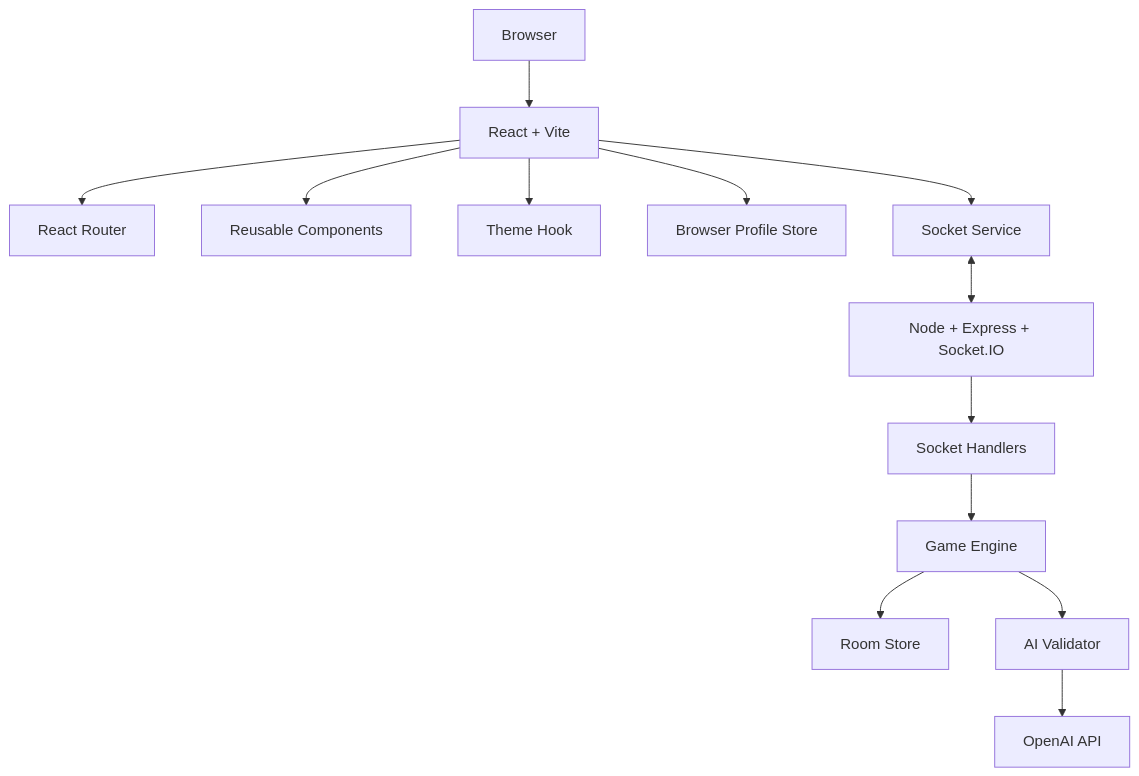
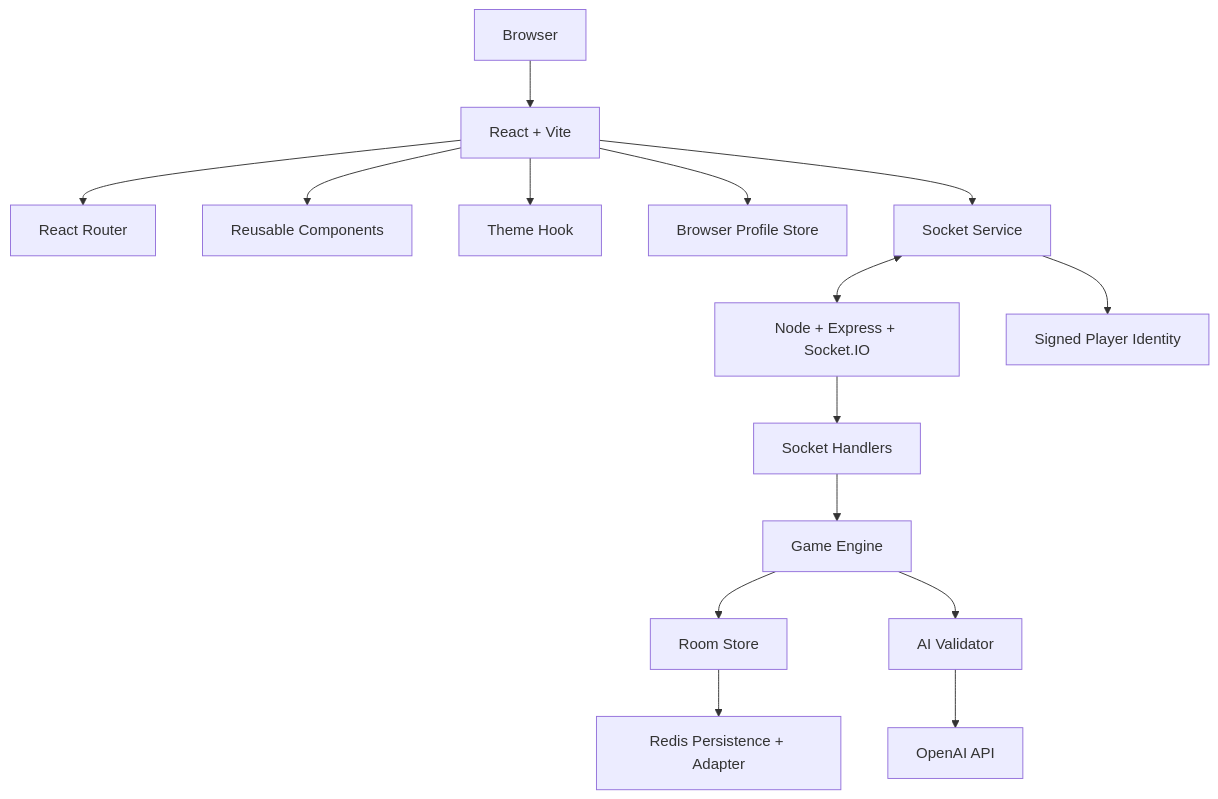
One commit to ayushydv1805/Alphabet-Rush changed the first of 4 diagrams in docs/architecture.md. Above: the diagram before and after it, drawn with Mermaid. The commit also changed other lines of this file, not shown here.

Commit message:
docs: document persistent identity and Redis architecture

```diff
--- a/docs/architecture.md
+++ b/docs/architecture.md
@@ -14,31 +14,35 @@
 ~~~mermaid
 flowchart TB
     Browser[Browser]
     Frontend[React + Vite]
     Router[React Router]
     UI[Reusable Components]
     Theme[Theme Hook]
     Profile[Profile + Progression]
     SocketClient[Socket Service]
 
     Server[Node + Express + Socket.IO]
     Handlers[Socket Handlers]
     Engine[Game Engine]
     Store[Room Store]
+    Redis[Redis Persistence + Adapter]
+    Identity[Signed Player Identity]
     Validator[AI Validator]
     OpenAI[OpenAI API]
     Profile[Browser Profile Store]
 
     Browser --> Frontend
     Frontend --> Router
     Frontend --> UI
     Frontend --> Theme
     Frontend --> SocketClient
     Frontend --> Profile
     SocketClient <--> Server
     Server --> Handlers
     Handlers --> Engine
     Engine --> Store
+    Store --> Redis
+    SocketClient --> Identity
     Engine --> Validator
     Validator --> OpenAI
 ~~~
```
